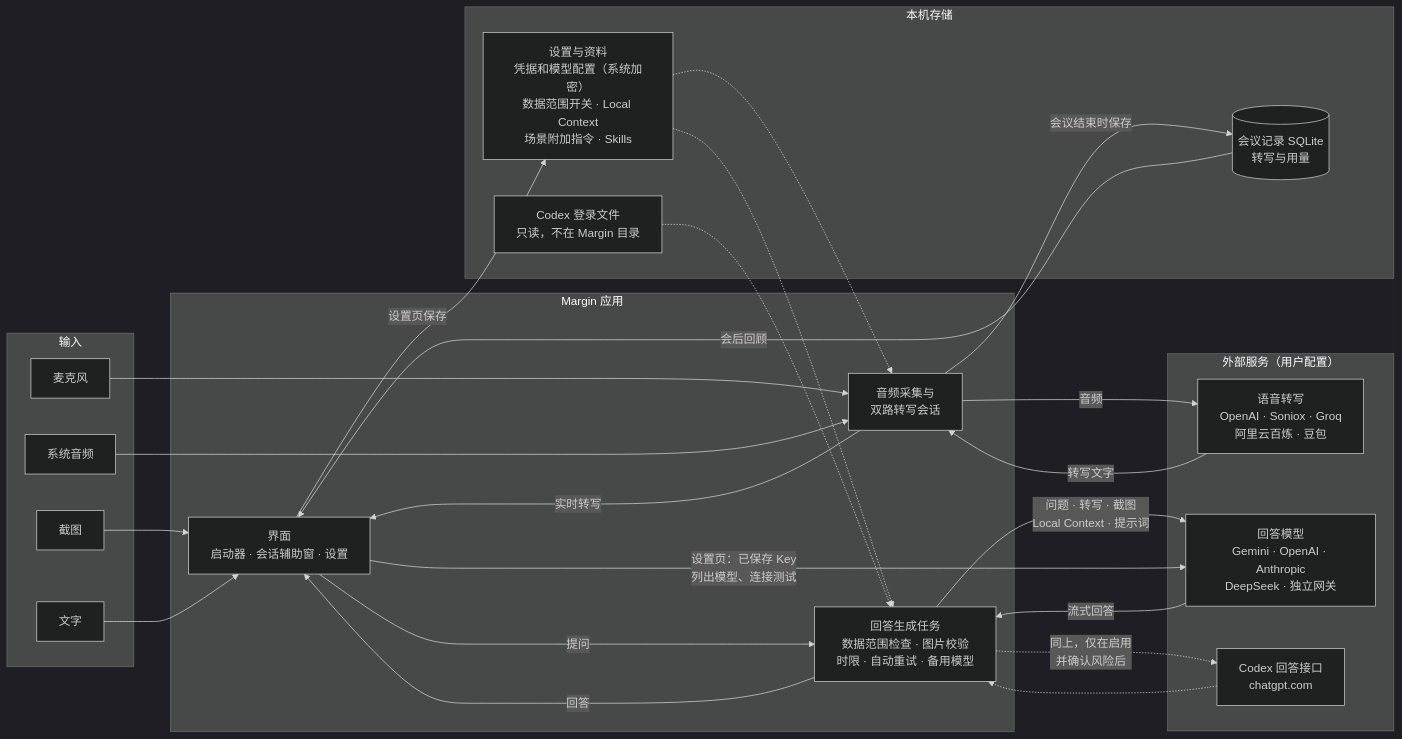
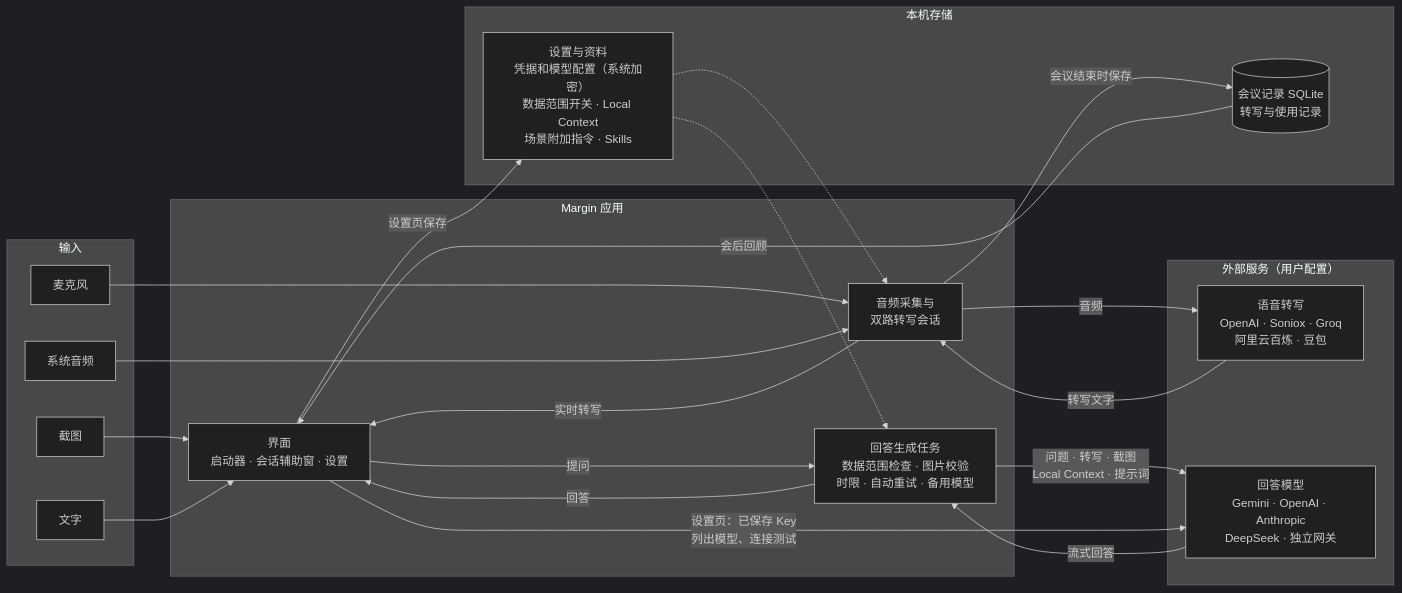
One commit to xbz123/margin changed the first of 4 diagrams in docs/product.md. Above: the diagram before and after it, drawn with Mermaid (dark theme). The commit also changed other lines of this file and 15 other files, not shown here.

````diff
--- a/docs/product.md
+++ b/docs/product.md
@@ -26,48 +26,43 @@
 ```mermaid
 flowchart LR
   subgraph IN["输入"]
     SHOT["截图"]
     TXT["文字"]
     MIC["麦克风"]
     SYS["系统音频"]
   end
 
   subgraph APP["Margin 应用"]
     UI["界面<br/>启动器 · 会话辅助窗 · 设置"]
     CAP["音频采集与<br/>双路转写会话"]
     GEN["回答生成任务<br/>数据范围检查 · 图片校验<br/>时限 · 自动重试 · 备用模型"]
   end
 
   subgraph LOCAL["本机存储"]
     CONF["设置与资料<br/>凭据和模型配置（系统加密）<br/>数据范围开关 · Local Context<br/>场景附加指令 · Skills"]
-    DB[("会议记录 SQLite<br/>转写与用量")]
-    CODEXF["Codex 登录文件<br/>只读，不在 Margin 目录"]
+    DB[("会议记录 SQLite<br/>转写与使用记录")]
   end
 
   subgraph EXT["外部服务（用户配置）"]
     STT["语音转写<br/>OpenAI · Soniox · Groq<br/>阿里云百炼 · 豆包"]
     LLM["回答模型<br/>Gemini · OpenAI · Anthropic<br/>DeepSeek · 独立网关"]
-    CODEX["Codex 回答接口<br/>chatgpt.com"]
   end
 
   SHOT --> UI
   TXT --> UI
   MIC --> CAP
   SYS --> CAP
   CAP -- "音频" --> STT
   STT -- "转写文字" --> CAP
   CAP -- "实时转写" --> UI
   UI -- "提问" --> GEN
   GEN -- "问题 · 转写 · 截图<br/>Local Context · 提示词" --> LLM
-  GEN -. "同上，仅在启用<br/>并确认风险后" .-> CODEX
   LLM -- "流式回答" --> GEN
-  CODEX -.-> GEN
   GEN -- "回答" --> UI
   UI -- "设置页保存" --> CONF
   CONF -.-> GEN
   CONF -.-> CAP
-  CODEXF -.-> GEN
   UI -- "设置页：已保存 Key<br/>列出模型、连接测试" --> LLM
   CAP -- "会议结束时保存" --> DB
   DB -- "会后回顾" --> UI
 ```
````
